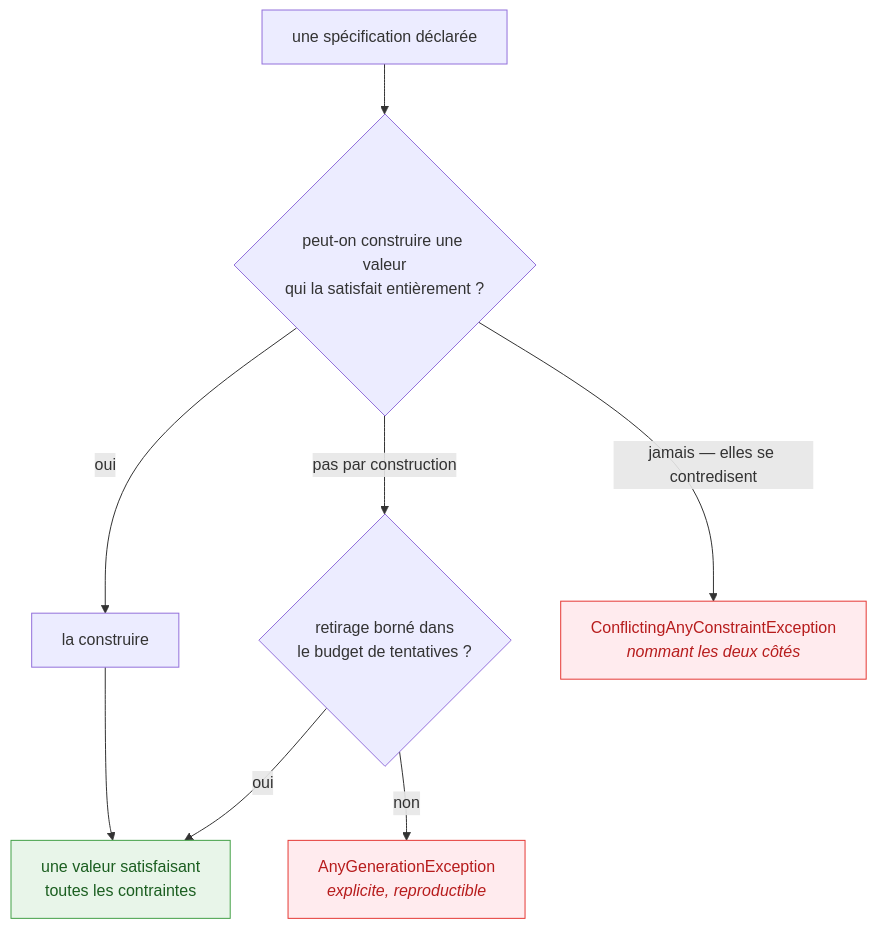
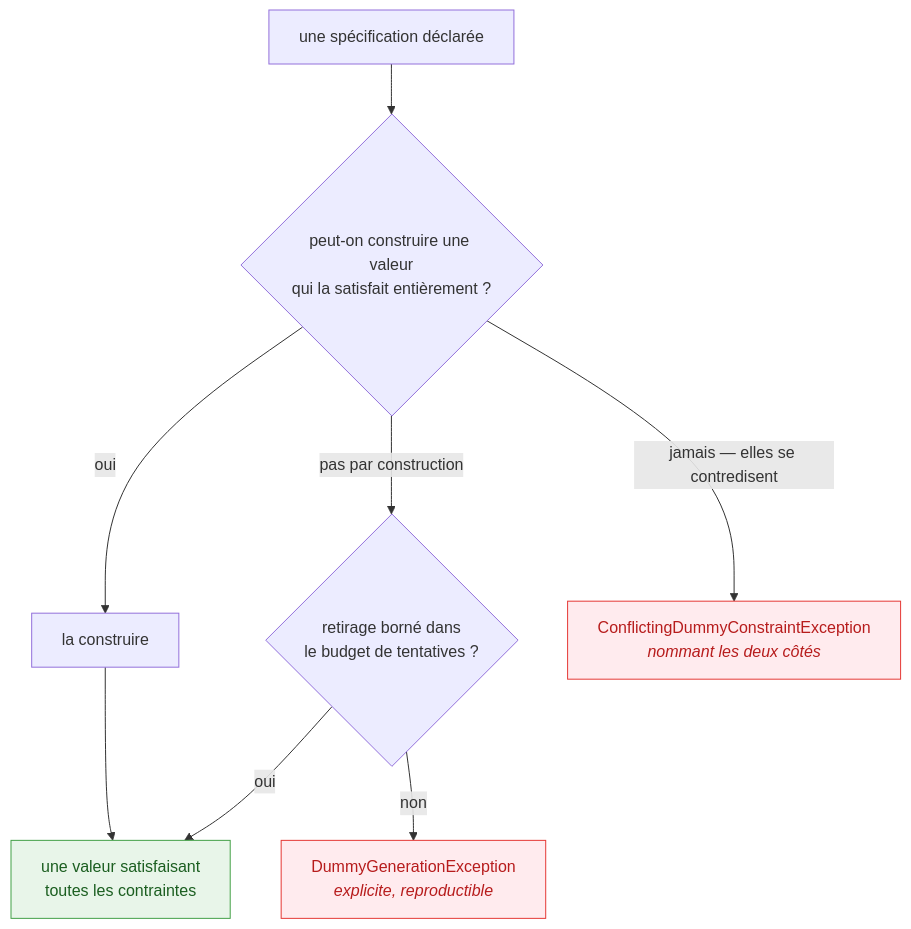
One commit to Reefact/just-dummies changed the diagram in doc/handwritten/for-users/guides/design-principles.fr.md. Above: the diagram before and after it, drawn with Mermaid. The commit also changed other lines of this file and 755 other files, not shown here.

````diff
--- a/doc/handwritten/for-users/guides/design-principles.fr.md
+++ b/doc/handwritten/for-users/guides/design-principles.fr.md
@@ -46,14 +46,14 @@
 ```mermaid
 flowchart TD
     accTitle: Ce que le générateur tente, et là où il refuse
-    accDescr: On demande à une spécification déclarée si une valeur peut être construite qui la satisfait entièrement. Oui la construit, donnant une valeur satisfaisant toutes les contraintes. Pas par construction passe par un retirage borné, qui atteint cette même valeur dans le budget de tentatives et lève une AnyGenerationException explicite et reproductible au-delà. Des contraintes qui ne peuvent jamais être satisfaites ensemble lèvent une ConflictingAnyConstraintException nommant les deux côtés.
+    accDescr: On demande à une spécification déclarée si une valeur peut être construite qui la satisfait entièrement. Oui la construit, donnant une valeur satisfaisant toutes les contraintes. Pas par construction passe par un retirage borné, qui atteint cette même valeur dans le budget de tentatives et lève une DummyGenerationException explicite et reproductible au-delà. Des contraintes qui ne peuvent jamais être satisfaites ensemble lèvent une ConflictingDummyConstraintException nommant les deux côtés.
     S["une spécification déclarée"] --> Q{"peut-on construire une valeur<br/>qui la satisfait entièrement ?"}
     Q -->|oui| B["la construire"] --> V["une valeur satisfaisant<br/>toutes les contraintes"]
     Q -->|"pas par construction"| R{"retirage borné dans<br/>le budget de tentatives ?"}
     R -->|oui| V
-    R -->|non| F["AnyGenerationException<br/><i>explicite, reproductible</i>"]
-    Q -->|"jamais — elles se contredisent"| C["ConflictingAnyConstraintException<br/><i>nommant les deux côtés</i>"]
+    R -->|non| F["DummyGenerationException<br/><i>explicite, reproductible</i>"]
+    Q -->|"jamais — elles se contredisent"| C["ConflictingDummyConstraintException<br/><i>nommant les deux côtés</i>"]
     style V fill:#e8f5e9,stroke:#43a047,color:#1b5e20
     style F fill:#ffebee,stroke:#e53935,color:#b71c1c
     style C fill:#ffebee,stroke:#e53935,color:#b71c1c
 ```
````
